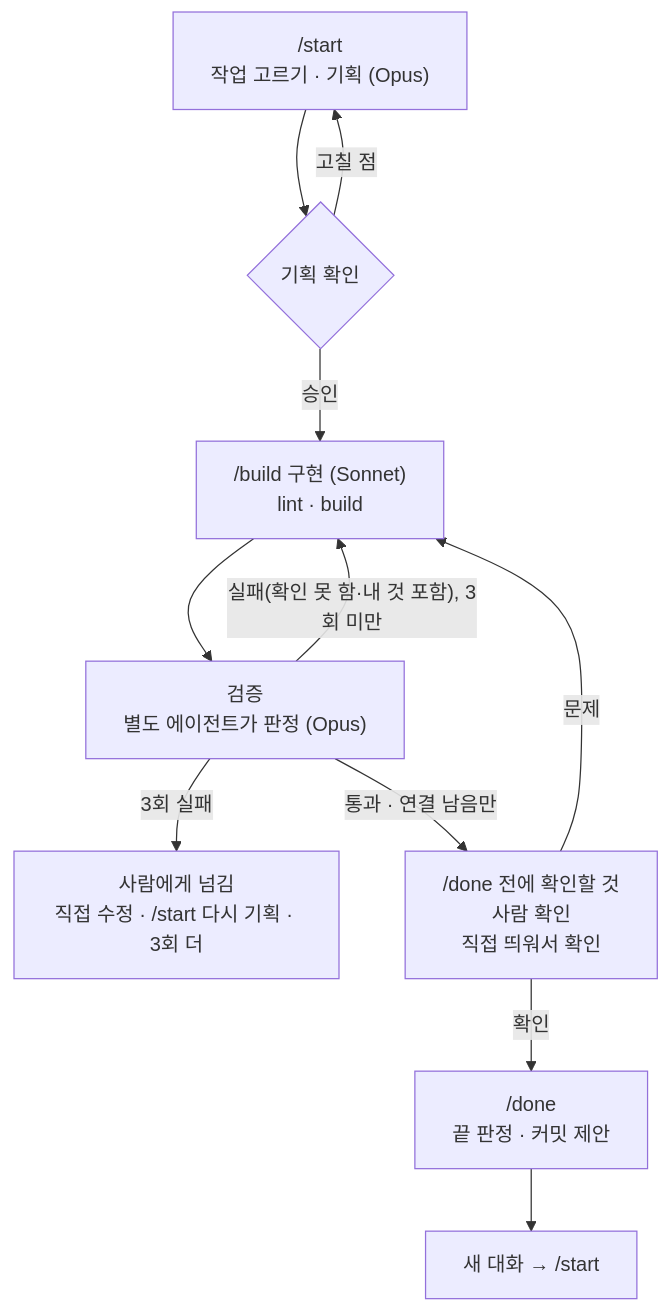
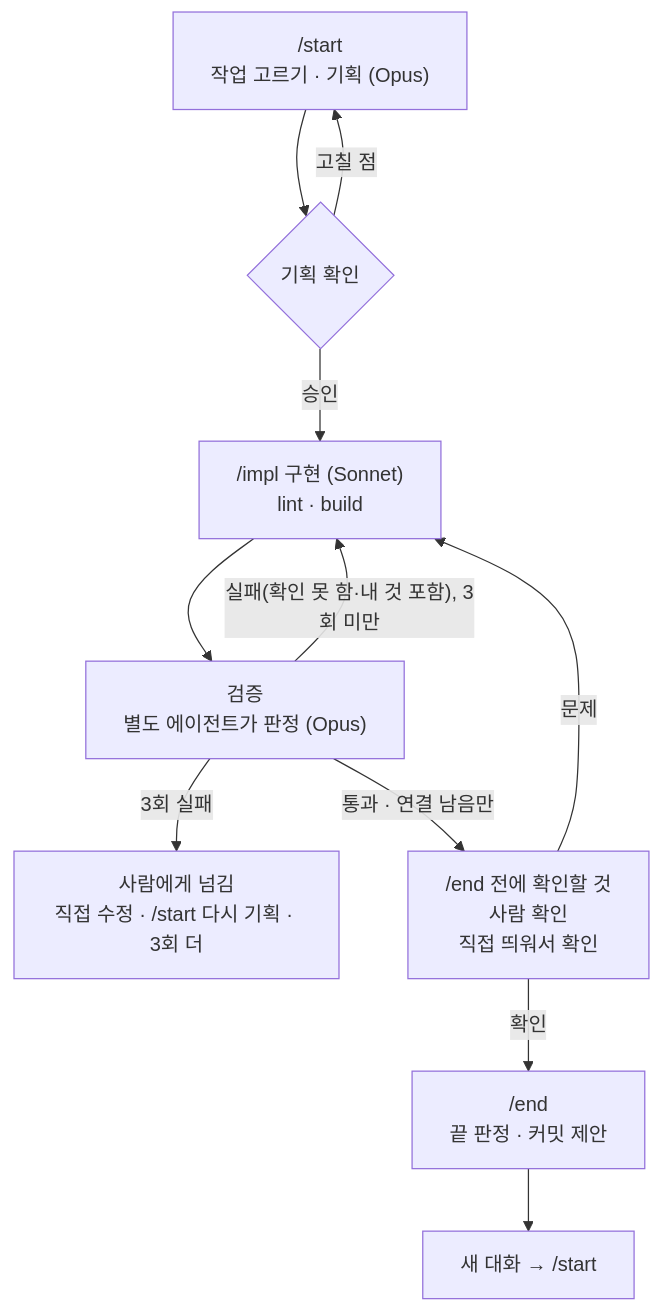
Before and after one commit to Jung-aejin/nyangmeong-frontend: the third of 3 diagrams in README.md, drawn with Mermaid. The commit also changed other lines of this file and 12 other files, not shown here.

First line of the commit message:
[LJS] chore: /build·/done을 /impl·/end로 바꾸고 중간 저장과 검증 루프 보관을 추가한다

````diff
--- a/README.md
+++ b/README.md
@@ -103,13 +103,13 @@
 ```mermaid
 flowchart TD
   S["/start<br/>작업 고르기 · 기획 (Opus)"] --> P{기획 확인}
   P -- 고칠 점 --> S
-  P -- 승인 --> I["/build 구현 (Sonnet)<br/>lint · build"]
+  P -- 승인 --> I["/impl 구현 (Sonnet)<br/>lint · build"]
   I --> V["검증<br/>별도 에이전트가 판정 (Opus)"]
   V -- "실패(확인 못 함·내 것 포함), 3회 미만" --> I
   V -- 3회 실패 --> X["사람에게 넘김<br/>직접 수정 · /start 다시 기획 · 3회 더"]
-  V -- "통과 · 연결 남음만" --> H["/done 전에 확인할 것<br/>사람 확인<br/>직접 띄워서 확인"]
+  V -- "통과 · 연결 남음만" --> H["/end 전에 확인할 것<br/>사람 확인<br/>직접 띄워서 확인"]
   H -- 문제 --> I
-  H -- 확인 --> D["/done<br/>끝 판정 · 커밋 제안"]
+  H -- 확인 --> D["/end<br/>끝 판정 · 커밋 제안"]
   D --> N["새 대화 → /start"]
 ```
````
